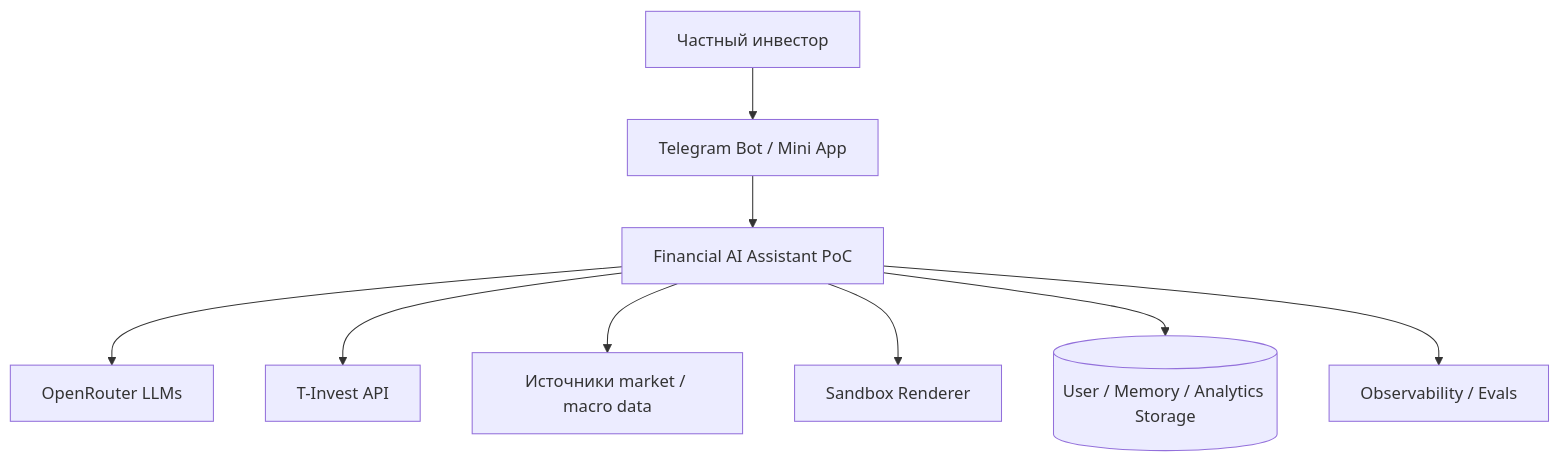
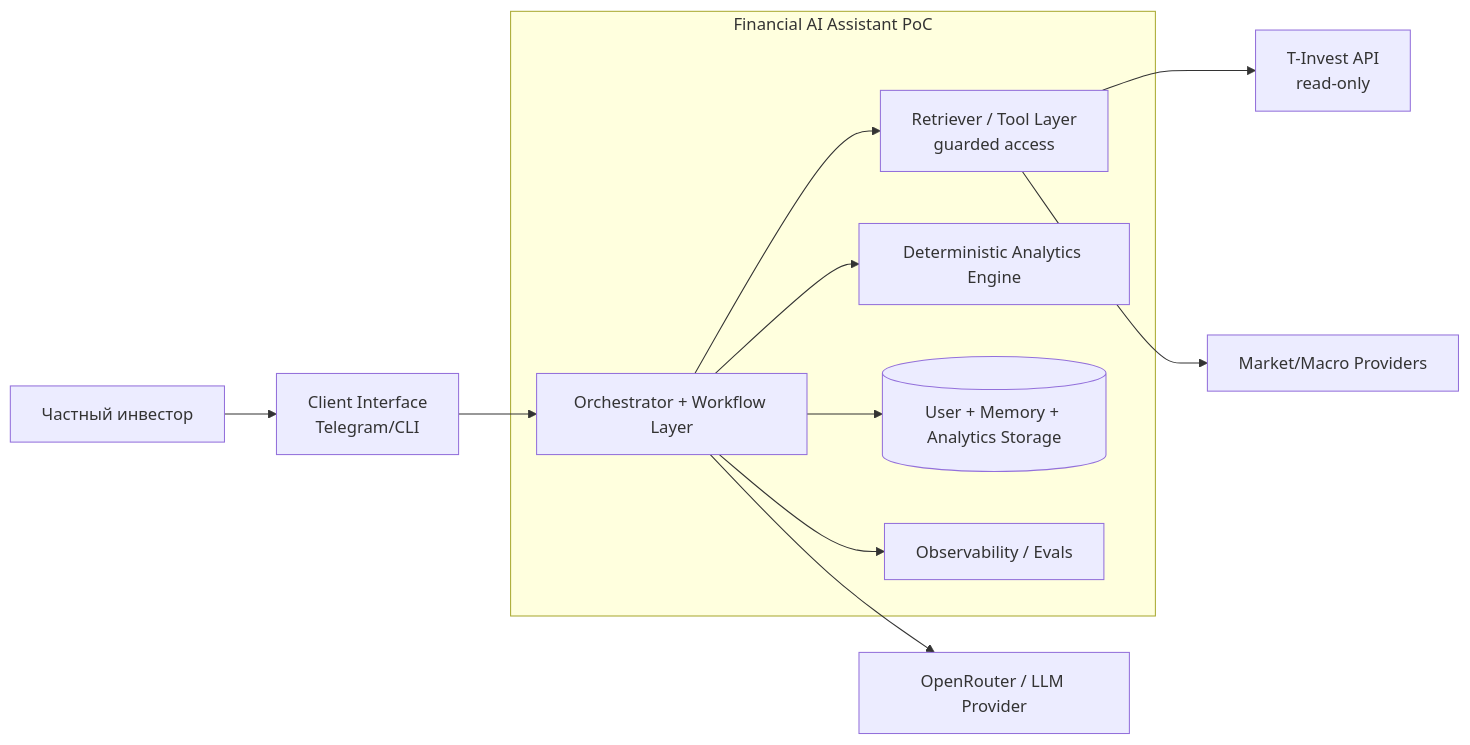
The diagram in docs/diagrams/c4-context.md (the-crazy-trio/documentation), drawn with Mermaid before and after one commit. The commit also changed other lines of this file and 32 other files, not shown here.

````diff
--- a/docs/diagrams/c4-context.md
+++ b/docs/diagrams/c4-context.md
@@ -3,21 +3,27 @@
 ```mermaid
-flowchart TB
+flowchart LR
     user[Частный инвестор]
-    ui[Telegram Bot / Mini App]
-    system[Financial AI Assistant PoC]
-    llm[OpenRouter LLMs]
-    broker[T-Invest API]
-    market[Источники market / macro data]
-    sandbox[Sandbox Renderer]
-    storage[(User / Memory / Analytics Storage)]
-    obs[Observability / Evals]
+    client[Client Interface<br/>Telegram/CLI]
 
-    user --> ui
-    ui --> system
-    system --> llm
-    system --> broker
-    system --> market
-    system --> sandbox
-    system --> storage
-    system --> obs
+    subgraph boundary[Financial AI Assistant PoC]
+        orchestrator[Orchestrator + Workflow Layer]
+        retrieval[Retriever / Tool Layer<br/>guarded access]
+        analytics[Deterministic Analytics Engine]
+        storage[(User + Memory + Analytics Storage)]
+        observability[Observability / Evals]
+    end
+
+    llm[OpenRouter / LLM Provider]
+    broker[T-Invest API<br/>read-only]
+    market[Market/Macro Providers]
+
+    user --> client
+    client --> orchestrator
+    orchestrator --> retrieval
+    orchestrator --> analytics
+    orchestrator --> storage
+    orchestrator --> observability
+    retrieval --> broker
+    retrieval --> market
+    orchestrator --> llm
 ```
````
